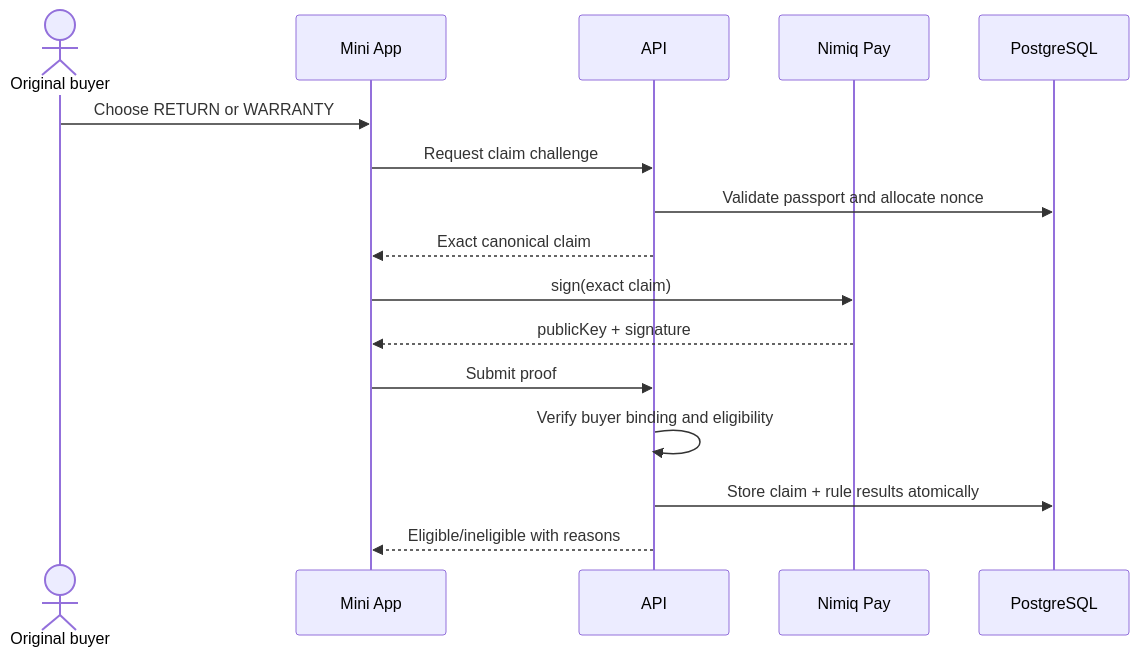
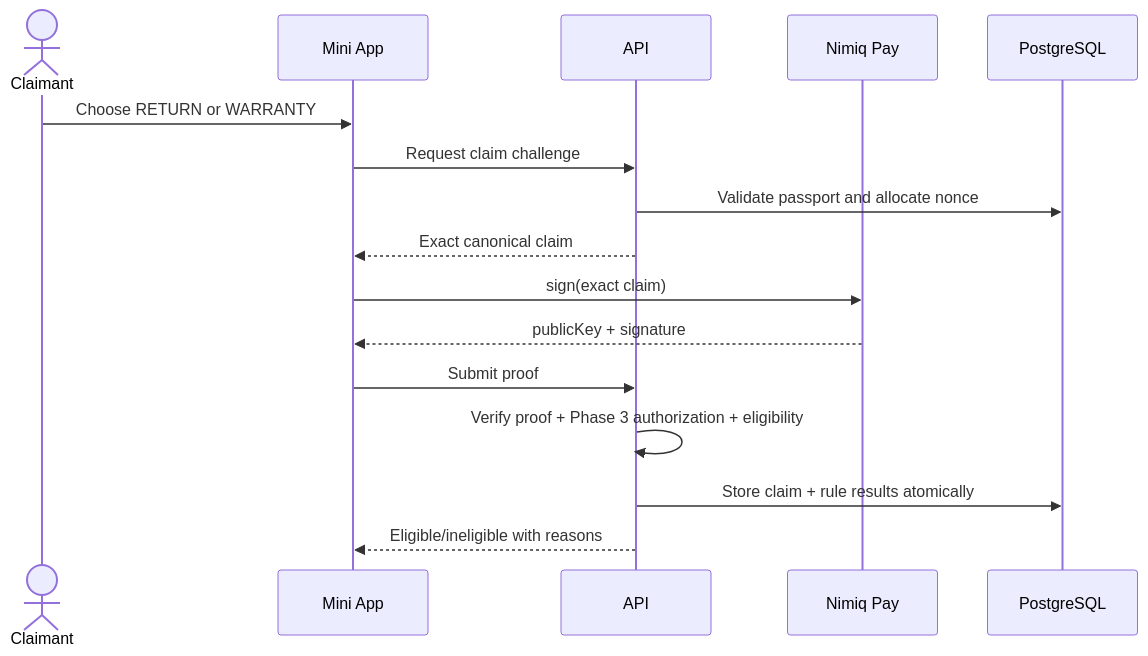
Before and after one commit to shreshth006/NimReturn: the fourth of 6 diagrams in ARCHITECTURE.md, drawn with Mermaid. The commit also changed other lines of this file and 14 other files, not shown here.

````diff
--- a/ARCHITECTURE.md
+++ b/ARCHITECTURE.md
@@ -174,18 +178,18 @@
 ```mermaid
 sequenceDiagram
-    actor B as Original buyer
+    actor B as Claimant
     participant W as Mini App
     participant A as API
     participant P as Nimiq Pay
     participant D as PostgreSQL
     B->>W: Choose RETURN or WARRANTY
     W->>A: Request claim challenge
     A->>D: Validate passport and allocate nonce
     A-->>W: Exact canonical claim
     W->>P: sign(exact claim)
     P-->>W: publicKey + signature
     W->>A: Submit proof
-    A->>A: Verify buyer binding and eligibility
+    A->>A: Verify proof + Phase 3 authorization + eligibility
     A->>D: Store claim + rule results atomically
     A-->>W: Eligible/ineligible with reasons
 ```
````
